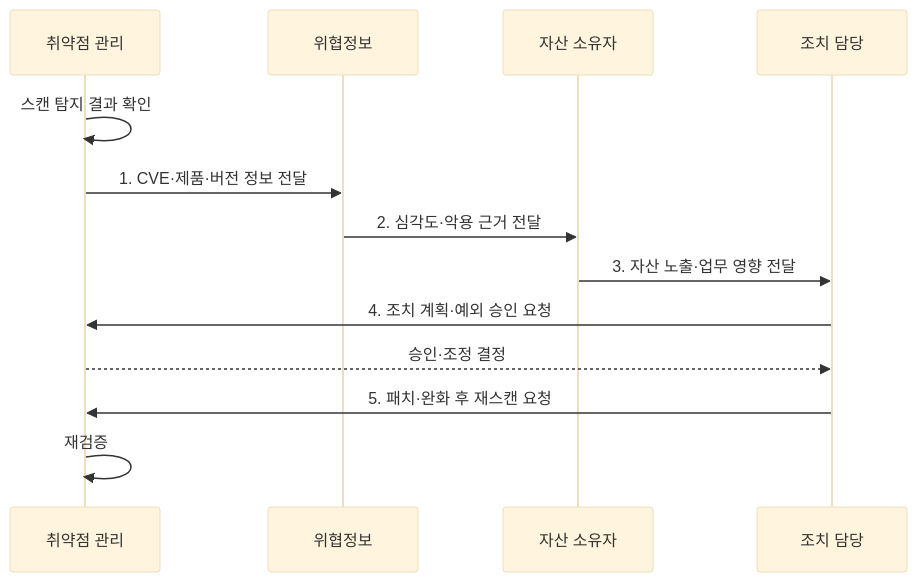
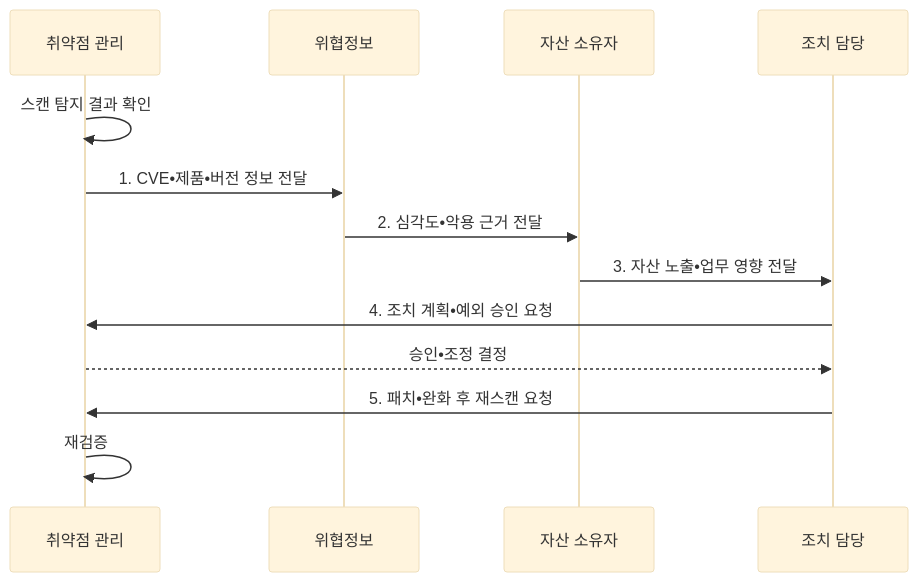
One commit to agnusdei1207/knowledge-base changed the second of 2 diagrams in src/content/docs/notes/05-security/120_vulnerability_prioritization_epss_cvss.md. Above: the diagram before and after it, drawn with Mermaid (base theme). The commit also changed other lines of this file and 953 other files, not shown here.

````diff
--- a/src/content/docs/notes/05-security/120_vulnerability_prioritization_epss_cvss.md
+++ b/src/content/docs/notes/05-security/120_vulnerability_prioritization_epss_cvss.md
@@ -102,15 +102,15 @@
 ```mermaid
 sequenceDiagram
   participant V as 취약점 관리
   participant T as 위협정보
   participant A as 자산 소유자
   participant O as 조치 담당
   V->>V: 스캔 탐지 결과 확인
-  V->>T: 1. CVE·제품·버전 정보 전달
-  T->>A: 2. 심각도·악용 근거 전달
-  A->>O: 3. 자산 노출·업무 영향 전달
-  O->>V: 4. 조치 계획·예외 승인 요청
-  V-->>O: 승인·조정 결정
-  O->>V: 5. 패치·완화 후 재스캔 요청
+  V->>T: 1. CVE•제품•버전 정보 전달
+  T->>A: 2. 심각도•악용 근거 전달
+  A->>O: 3. 자산 노출•업무 영향 전달
+  O->>V: 4. 조치 계획•예외 승인 요청
+  V-->>O: 승인•조정 결정
+  O->>V: 5. 패치•완화 후 재스캔 요청
   V->>V: 재검증
 ```
````
